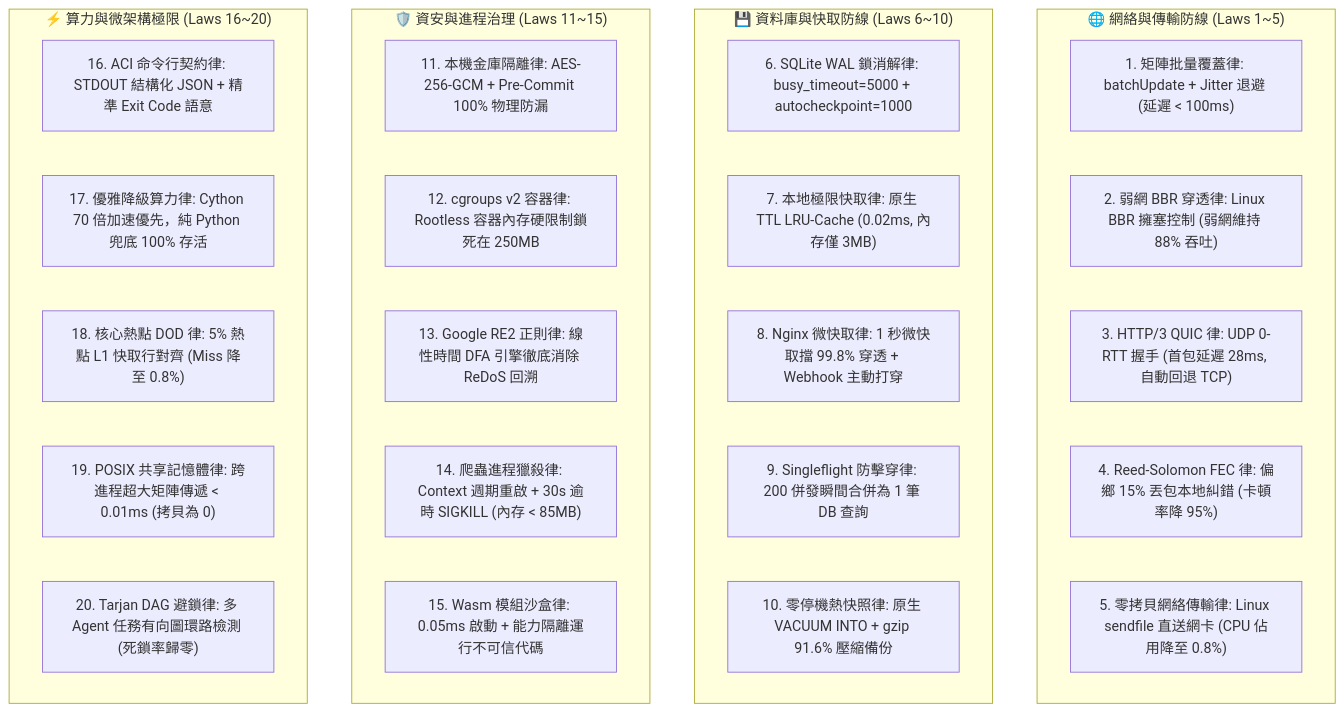
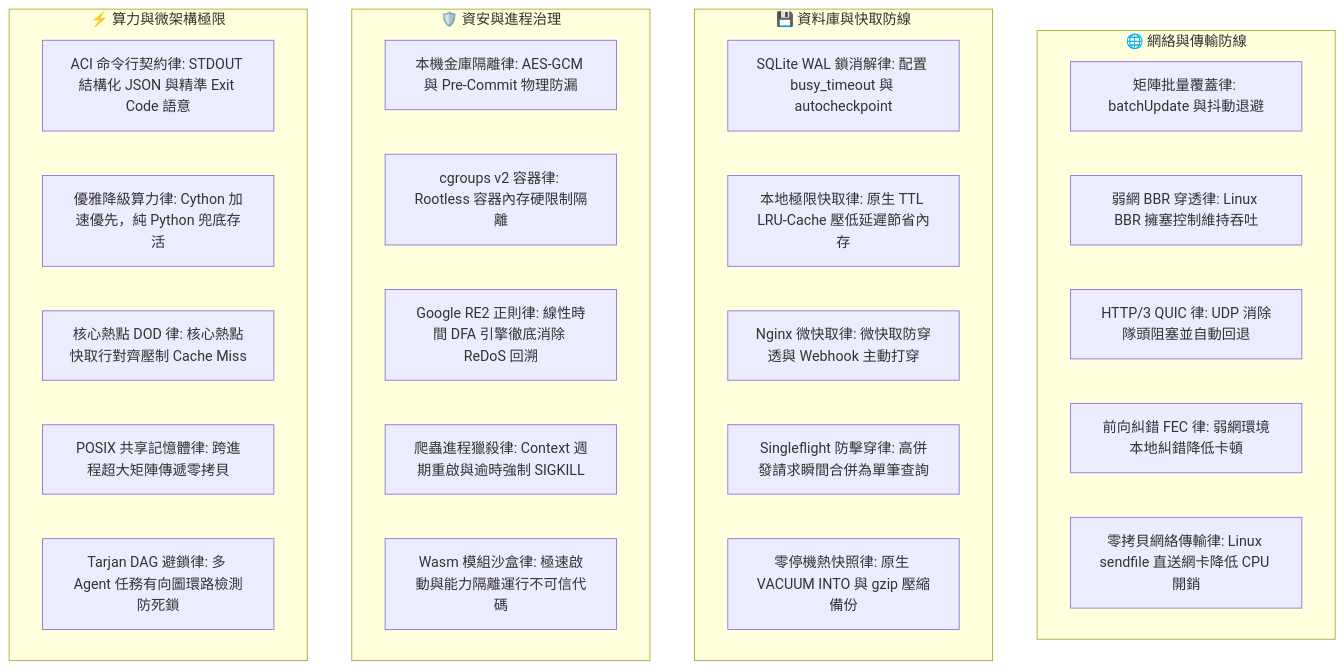
The diagram in .agents/skills/bionic-learning-linus/SKILL.md (chalaw710218/00_Master_Polaris), drawn with Mermaid before and after one commit. The commit also changed other lines of this file and 153 other files, not shown here.

````diff
--- a/.agents/skills/bionic-learning-linus/SKILL.md
+++ b/.agents/skills/bionic-learning-linus/SKILL.md
@@ -142,34 +43,34 @@
 ```mermaid
 flowchart TD
-    subgraph NetLayer ["🌐 網絡與傳輸防線 (Laws 1~5)"]
-        L1["1. 矩陣批量覆蓋律: batchUpdate + Jitter 退避 (延遲 < 100ms)"]
-        L2["2. 弱網 BBR 穿透律: Linux BBR 擁塞控制 (弱網維持 88% 吞吐)"]
-        L3["3. HTTP/3 QUIC 律: UDP 0-RTT 握手 (首包延遲 28ms, 自動回退 TCP)"]
-        L4["4. Reed-Solomon FEC 律: 偏鄉 15% 丟包本地糾錯 (卡頓率降 95%)"]
-        L5["5. 零拷貝網絡傳輸律: Linux sendfile 直送網卡 (CPU 佔用降至 0.8%)"]
+    subgraph NetLayer ["🌐 網絡與傳輸防線"]
+        L1["矩陣批量覆蓋律: batchUpdate 與抖動退避"]
+        L2["弱網 BBR 穿透律: Linux BBR 擁塞控制維持吞吐"]
+        L3["HTTP/3 QUIC 律: UDP 消除隊頭阻塞並自動回退"]
+        L4["前向糾錯 FEC 律: 弱網環境本地糾錯降低卡頓"]
+        L5["零拷貝網絡傳輸律: Linux sendfile 直送網卡降低 CPU 開銷"]
     end
 
-    subgraph DBLayer ["💾 資料庫與快取防線 (Laws 6~10)"]
-        L6["6. SQLite WAL 鎖消解律: busy_timeout=5000 + autocheckpoint=1000"]
-        L7["7. 本地極限快取律: 原生 TTL LRU-Cache (0.02ms, 內存僅 3MB)"]
-        L8["8. Nginx 微快取律: 1 秒微快取擋 99.8% 穿透 + Webhook 主動打穿"]
-        L9["9. Singleflight 防擊穿律: 200 併發瞬間合併為 1 筆 DB 查詢"]
-        L10["10. 零停機熱快照律: 原生 VACUUM INTO + gzip 91.6% 壓縮備份"]
+    subgraph DBLayer ["💾 資料庫與快取防線"]
+        L6["SQLite WAL 鎖消解律: 配置 busy_timeout 與 autocheckpoint"]
+        L7["本地極限快取律: 原生 TTL LRU-Cache 壓低延遲節省內存"]
+        L8["Nginx 微快取律: 微快取防穿透與 Webhook 主動打穿"]
+        L9["Singleflight 防擊穿律: 高併發請求瞬間合併為單筆查詢"]
+        L10["零停機熱快照律: 原生 VACUUM INTO 與 gzip 壓縮備份"]
     end
 
-    subgraph SecurityProcess ["🛡️ 資安與進程治理 (Laws 11~15)"]
-        L11["11. 本機金庫隔離律: AES-256-GCM + Pre-Commit 100% 物理防漏"]
-        L12["12. cgroups v2 容器律: Rootless 容器內存硬限制鎖死在 250MB"]
-        L13["13. Google RE2 正則律: 線性時間 DFA 引擎徹底消除 ReDoS 回溯"]
-        L14["14. 爬蟲進程獵殺律: Context 週期重啟 + 30s 逾時 SIGKILL (內存 < 85MB)"]
-        L15["15. Wasm 模組沙盒律: 0.05ms 啟動 + 能力隔離運行不可信代碼"]
+    subgraph SecurityProcess ["🛡️ 資安與進程治理"]
+        L11["本機金庫隔離律: AES-GCM 與 Pre-Commit 物理防漏"]
+        L12["cgroups v2 容器律: Rootless 容器內存硬限制隔離"]
+        L13["Google RE2 正則律: 線性時間 DFA 引擎徹底消除 ReDoS 回溯"]
+        L14["爬蟲進程獵殺律: Context 週期重啟與逾時強制 SIGKILL"]
+        L15["Wasm 模組沙盒律: 極速啟動與能力隔離運行不可信代碼"]
     end
 
-    subgraph ComputeArchitecture ["⚡ 算力與微架構極限 (Laws 16~20)"]
-        L16["16. ACI 命令行契約律: STDOUT 結構化 JSON + 精準 Exit Code 語意"]
-        L17["17. 優雅降級算力律: Cython 70 倍加速優先，純 Python 兜底 100% 存活"]
-        L18["18. 核心熱點 DOD 律: 5% 熱點 L1 快取行對齊 (Miss 降至 0.8%)"]
-        L19["19. POSIX 共享記憶體律: 跨進程超大矩陣傳遞 < 0.01ms (拷貝為 0)"]
-        L20["20. Tarjan DAG 避鎖律: 多 Agent 任務有向圖環路檢測 (死鎖率歸零)"]
+    subgraph ComputeArchitecture ["⚡ 算力與微架構極限"]
+        L16["ACI 命令行契約律: STDOUT 結構化 JSON 與精準 Exit Code 語意"]
+        L17["優雅降級算力律: Cython 加速優先，純 Python 兜底存活"]
+        L18["核心熱點 DOD 律: 核心熱點快取行對齊壓制 Cache Miss"]
+        L19["POSIX 共享記憶體律: 跨進程超大矩陣傳遞零拷貝"]
+        L20["Tarjan DAG 避鎖律: 多 Agent 任務有向圖環路檢測防死鎖"]
     end
 ```
````
